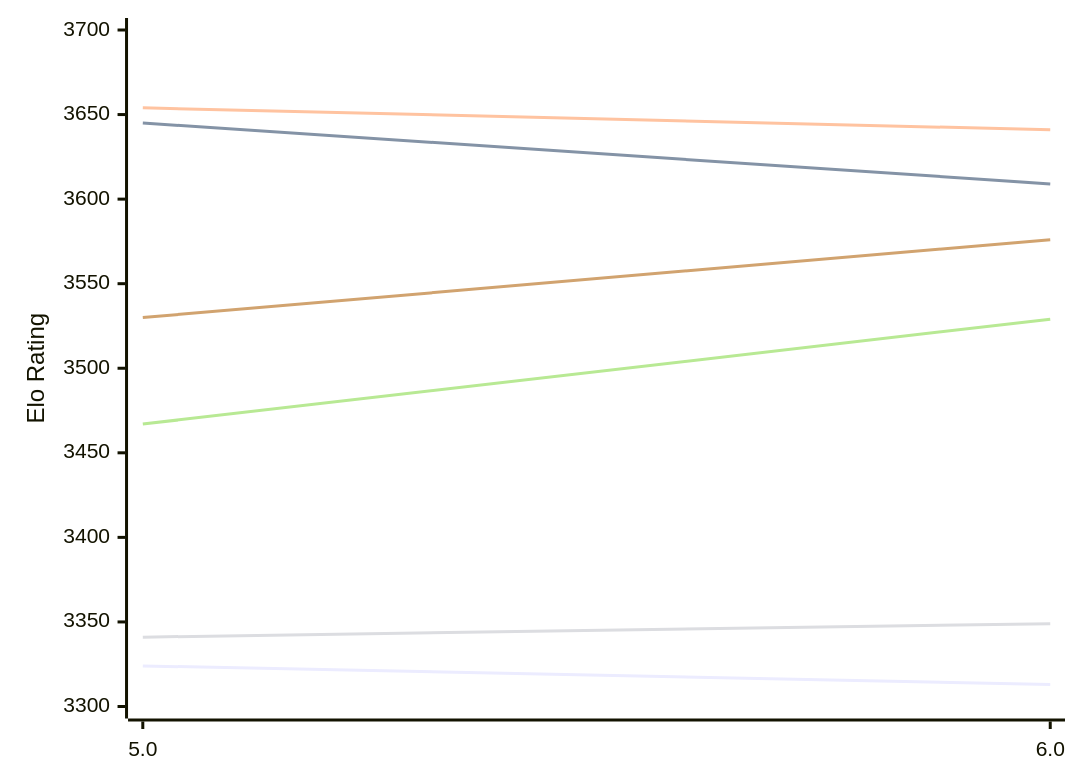
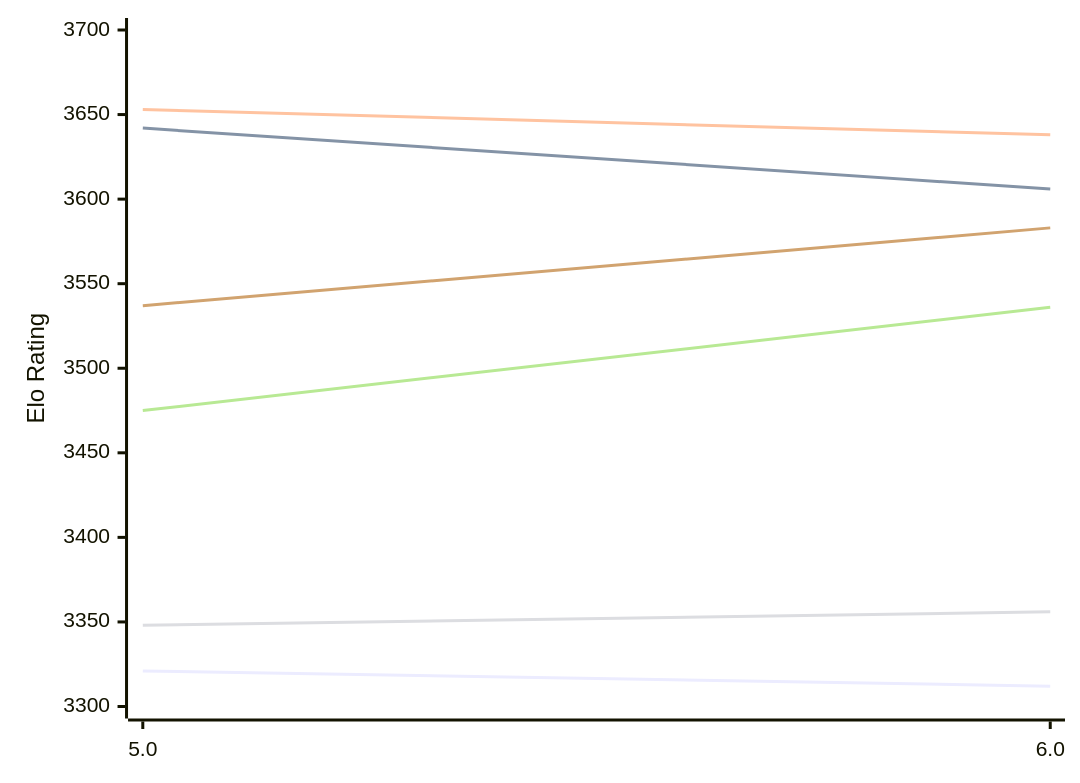
Before and after one commit to computer-chess-index/cci: the first of 2 diagrams in engines/Tarnished.md, drawn with Mermaid. The commit also changed other lines of this file, not shown here.

Commit message:
Update CCI Ratings (ELO VLTC) - 2026-11-23

````diff
--- a/engines/Tarnished.md
+++ b/engines/Tarnished.md
@@ -51,12 +51,12 @@
 ```mermaid
 %%{init: {"theme":"base","themeVariables":{"seriesColors:['#a3a3a3','#222221','#faa371']}}}%%
 xychart-beta
   x-axis ["5.0", "6.0"]
   y-axis "Elo Rating" 3300 --> 3700
-  line "E1: STC (8.0+0.08s)" [3324, 3313]
-  line "E1: LTC (60.0+0.60s)" [3645, 3609]
-  line "E1: VLTC (2m24s+1.12s)" [3654, 3641]
-  line "P1: STC (8.0+0.08s)" [3341, 3349]
-  line "P1: LTC (60.0+0.60s)" [3467, 3529]
-  line "P1: VLTC (2m24s+1.12s)" [3530, 3576]
+  line "E1: STC (8.0+0.08s)" [3321, 3312]
+  line "E1: LTC (60.0+0.60s)" [3642, 3606]
+  line "E1: VLTC (2m24s+1.12s)" [3653, 3638]
+  line "P1: STC (8.0+0.08s)" [3348, 3356]
+  line "P1: LTC (60.0+0.60s)" [3475, 3536]
+  line "P1: VLTC (2m24s+1.12s)" [3537, 3583]
 ```
````
